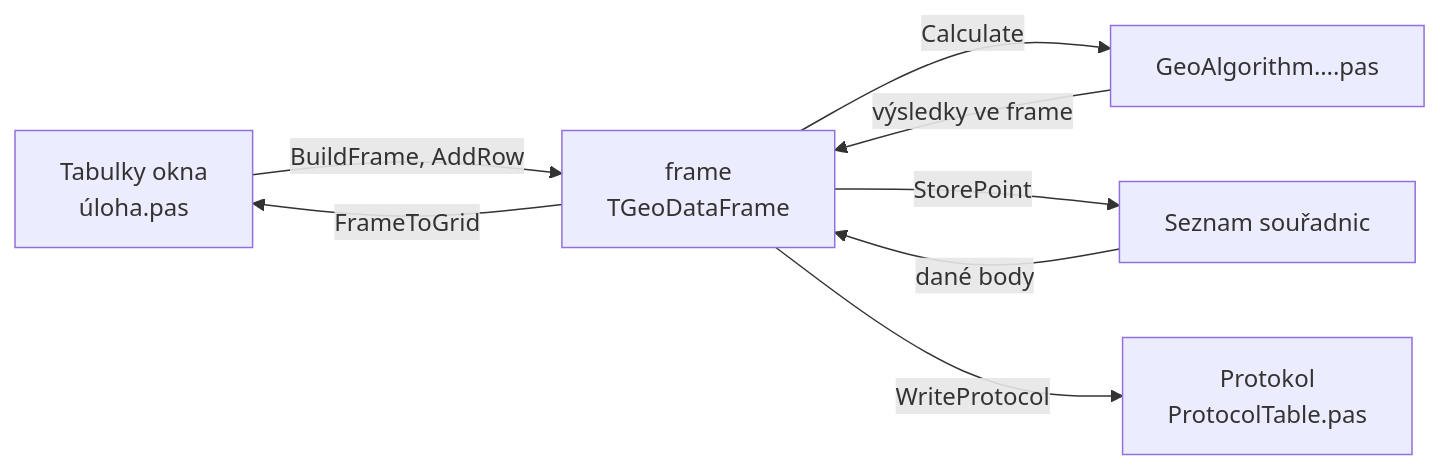
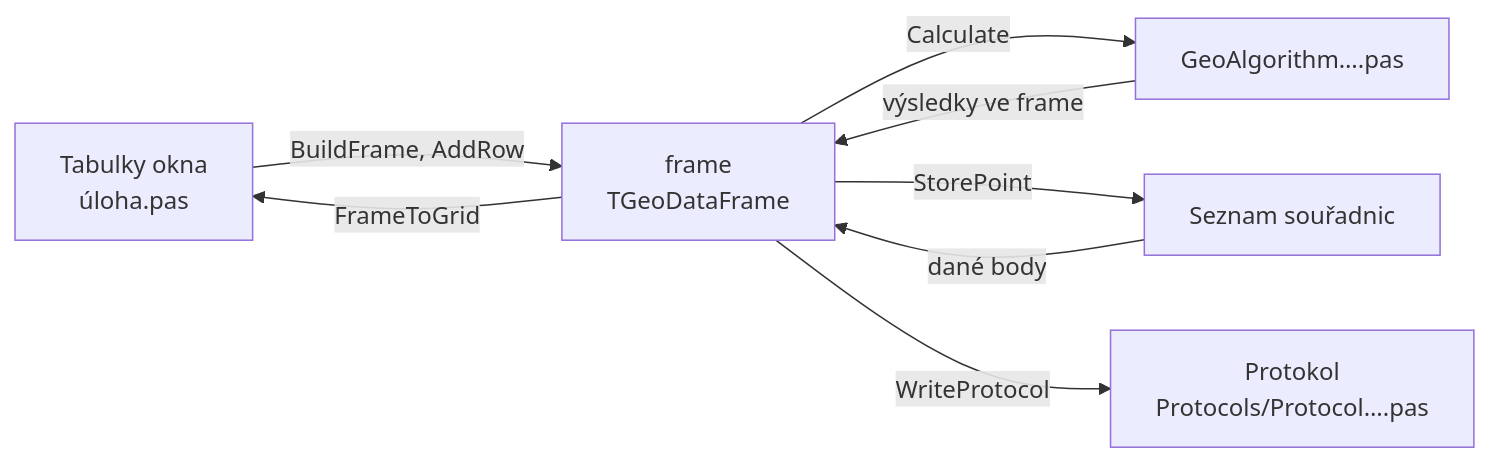
One commit to kovarmi9/GeoSoft changed the diagram in docs/vypocty/index.md. Above: the diagram before and after it, drawn with Mermaid. The commit also changed other lines of this file and 85 other files, not shown here.

````diff
--- a/docs/vypocty/index.md
+++ b/docs/vypocty/index.md
@@ -41,10 +42,10 @@
 ```mermaid
 flowchart LR
   T["Tabulky okna<br>úloha.pas"] -->|"BuildFrame, AddRow"| F["frame<br>TGeoDataFrame"]
   S["Seznam souřadnic"] -->|dané body| F
   F -->|Calculate| A["GeoAlgorithm….pas"]
   A -->|výsledky ve frame| F
   F -->|FrameToGrid| T
   F -->|StorePoint| S
-  F -->|WriteProtocol| P["Protokol<br>ProtocolTable.pas"]
+  F -->|WriteProtocol| P["Protokol<br>Protocols/Protocol….pas"]
 ```
````
